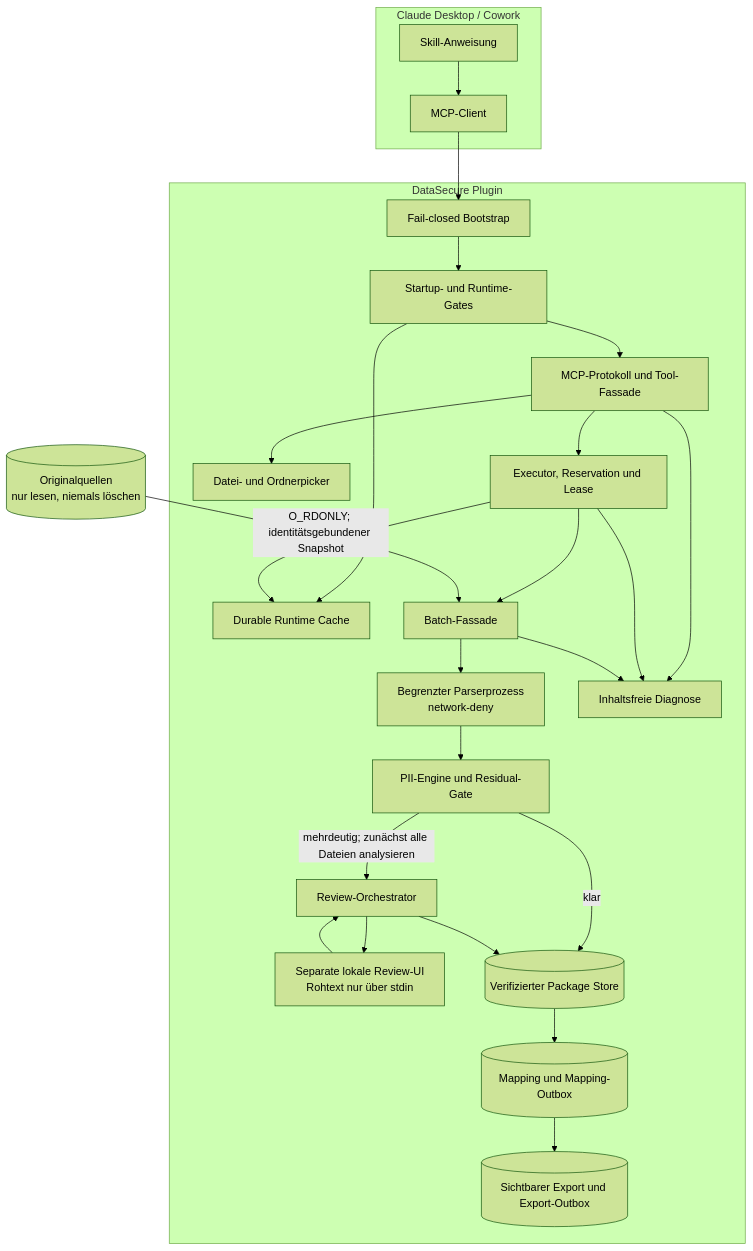
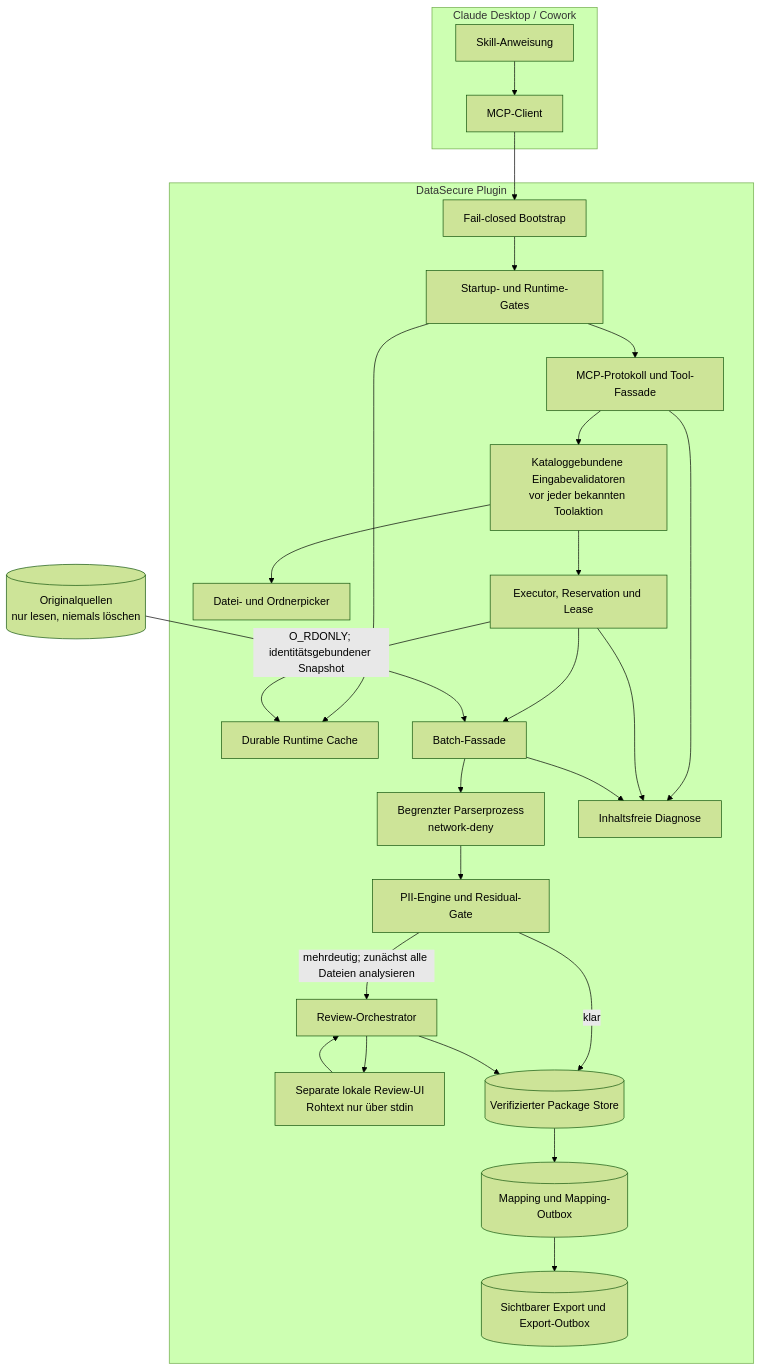
Before and after one commit to renepuhlmannarbeit/msg_gbh_DataSecure: the second of 15 diagrams in docs/canonical/UML_ARCHITECTURE.md, drawn with Mermaid (forest theme). The commit also changed other lines of this file and 185 other files, not shown here.

````diff
--- a/docs/canonical/UML_ARCHITECTURE.md
+++ b/docs/canonical/UML_ARCHITECTURE.md
@@ -40,43 +58,45 @@
 ```mermaid
 flowchart TB
   Source[(Originalquellen<br/>nur lesen, niemals löschen)]
   subgraph ClaudeHost[Claude Desktop / Cowork]
     Skill[Skill-Anweisung]
     Client[MCP-Client]
   end
 
   subgraph Plugin[DataSecure Plugin]
     Bootstrap[Fail-closed Bootstrap]
     MCP[MCP-Protokoll und Tool-Fassade]
+    Args[Kataloggebundene Eingabevalidatoren<br/>vor jeder bekannten Toolaktion]
     Picker[Datei- und Ordnerpicker]
     Guard[Startup- und Runtime-Gates]
     Cache[Durable Runtime Cache]
     Exec[Executor, Reservation und Lease]
     Batch[Batch-Fassade]
     Parser[Begrenzter Parserprozess<br/>network-deny]
     PII[PII-Engine und Residual-Gate]
     Review[Review-Orchestrator]
     ReviewUI[Separate lokale Review-UI<br/>Rohtext nur über stdin]
     Package[(Verifizierter Package Store)]
     Mapping[(Mapping und Mapping-Outbox)]
     Export[(Sichtbarer Export und Export-Outbox)]
     Diag[Inhaltsfreie Diagnose]
   end
 
   Skill --> Client --> Bootstrap --> Guard --> MCP
   Guard --> Cache
-  MCP --> Picker
-  MCP --> Exec
+  MCP --> Args
+  Args --> Picker
+  Args --> Exec
   Exec --> Cache
   Exec --> Batch
   Source -->|O_RDONLY; identitätsgebundener Snapshot| Batch
   Batch --> Parser --> PII
   PII -->|klar| Package
   PII -->|mehrdeutig; zunächst alle Dateien analysieren| Review
   Review --> ReviewUI --> Review
   Review --> Package
   Package --> Mapping --> Export
   MCP --> Diag
   Exec --> Diag
   Batch --> Diag
 ```
````
